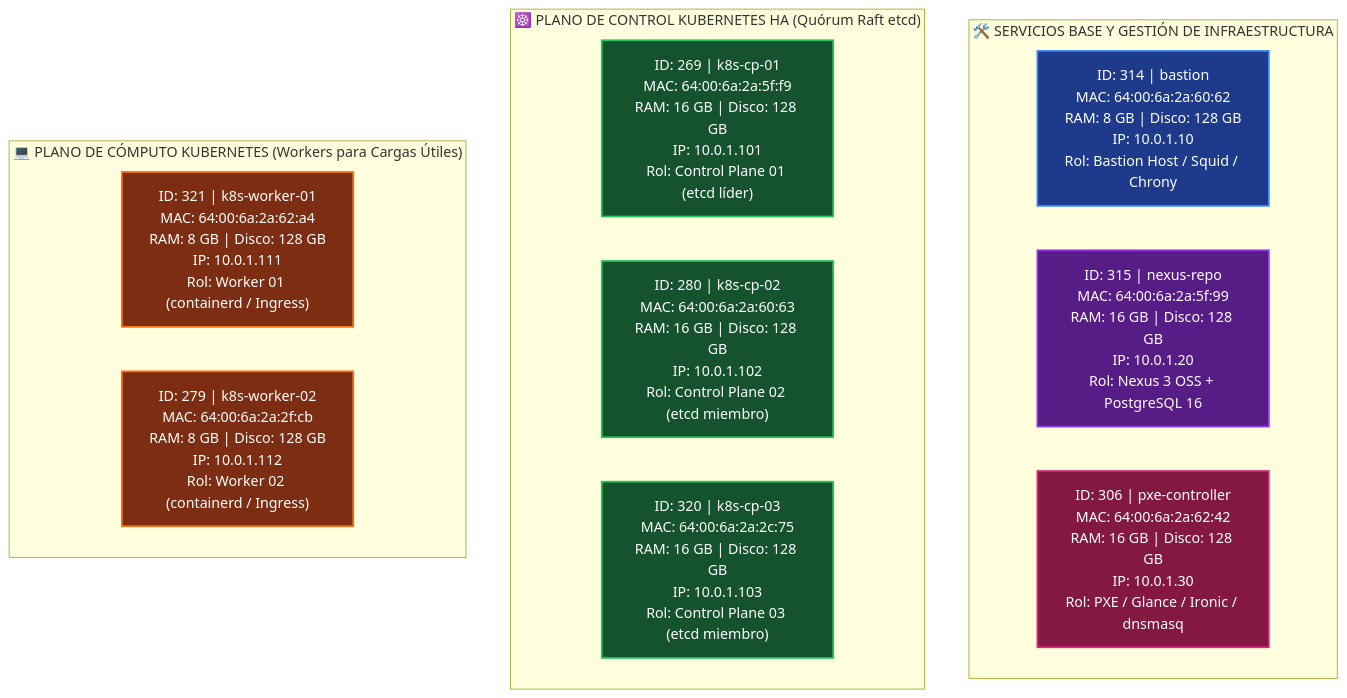
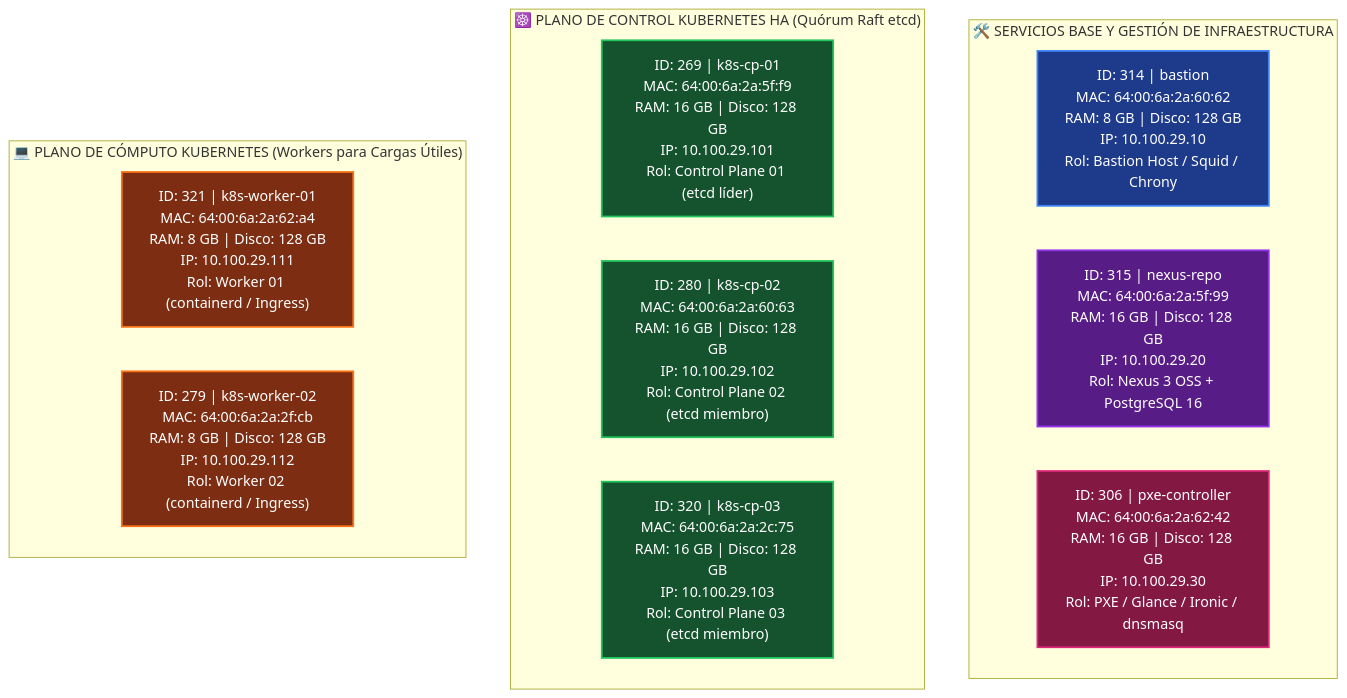
One commit to RodriTrooCo9/servidores-cluster changed the first of 5 diagrams in README.md. Above: the diagram before and after it, drawn with Mermaid. The commit also changed other lines of this file and 17 other files, not shown here.

````diff
--- a/README.md
+++ b/README.md
@@ -84,63 +85,63 @@
 ```mermaid
 flowchart TB
     subgraph INFRA ["🛠️ SERVICIOS BASE Y GESTIÓN DE INFRAESTRUCTURA"]
         direction LR
         N314["ID: 314 | bastion
 MAC: 64:00:6a:2a:60:62
 RAM: 8 GB | Disco: 128 GB
-IP: 10.0.1.10
+IP: 10.100.29.10
 Rol: Bastion Host / Squid / Chrony"]
         N315["ID: 315 | nexus-repo
 MAC: 64:00:6a:2a:5f:99
 RAM: 16 GB | Disco: 128 GB
-IP: 10.0.1.20
+IP: 10.100.29.20
 Rol: Nexus 3 OSS + PostgreSQL 16"]
         N306["ID: 306 | pxe-controller
 MAC: 64:00:6a:2a:62:42
 RAM: 16 GB | Disco: 128 GB
-IP: 10.0.1.30
+IP: 10.100.29.30
 Rol: PXE / Glance / Ironic / dnsmasq"]
     end
 
     subgraph K8S_CP ["☸️ PLANO DE CONTROL KUBERNETES HA (Quórum Raft etcd)"]
         direction LR
         N269["ID: 269 | k8s-cp-01
 MAC: 64:00:6a:2a:5f:f9
 RAM: 16 GB | Disco: 128 GB
-IP: 10.0.1.101
+IP: 10.100.29.101
 Rol: Control Plane 01 (etcd líder)"]
         N280["ID: 280 | k8s-cp-02
 MAC: 64:00:6a:2a:60:63
 RAM: 16 GB | Disco: 128 GB
-IP: 10.0.1.102
+IP: 10.100.29.102
 Rol: Control Plane 02 (etcd miembro)"]
         N320["ID: 320 | k8s-cp-03
 MAC: 64:00:6a:2a:2c:75
 RAM: 16 GB | Disco: 128 GB
-IP: 10.0.1.103
+IP: 10.100.29.103
 Rol: Control Plane 03 (etcd miembro)"]
     end
 
     subgraph K8S_WRK ["💻 PLANO DE CÓMPUTO KUBERNETES (Workers para Cargas Útiles)"]
         direction LR
         N321["ID: 321 | k8s-worker-01
 MAC: 64:00:6a:2a:62:a4
 RAM: 8 GB | Disco: 128 GB
-IP: 10.0.1.111
+IP: 10.100.29.111
 Rol: Worker 01 (containerd / Ingress)"]
         N279["ID: 279 | k8s-worker-02
 MAC: 64:00:6a:2a:2f:cb
 RAM: 8 GB | Disco: 128 GB
-IP: 10.0.1.112
+IP: 10.100.29.112
 Rol: Worker 02 (containerd / Ingress)"]
     end
 
     style N314 fill:#1e3a8a,stroke:#3b82f6,stroke-width:2px,color:#ffffff
     style N315 fill:#581c87,stroke:#9333ea,stroke-width:2px,color:#ffffff
     style N306 fill:#831843,stroke:#db2777,stroke-width:2px,color:#ffffff
     style N269 fill:#14532d,stroke:#22c55e,stroke-width:2px,color:#ffffff
     style N280 fill:#14532d,stroke:#22c55e,stroke-width:2px,color:#ffffff
     style N320 fill:#14532d,stroke:#22c55e,stroke-width:2px,color:#ffffff
     style N321 fill:#7c2d12,stroke:#f97316,stroke-width:2px,color:#ffffff
     style N279 fill:#7c2d12,stroke:#f97316,stroke-width:2px,color:#ffffff
 ```
````
